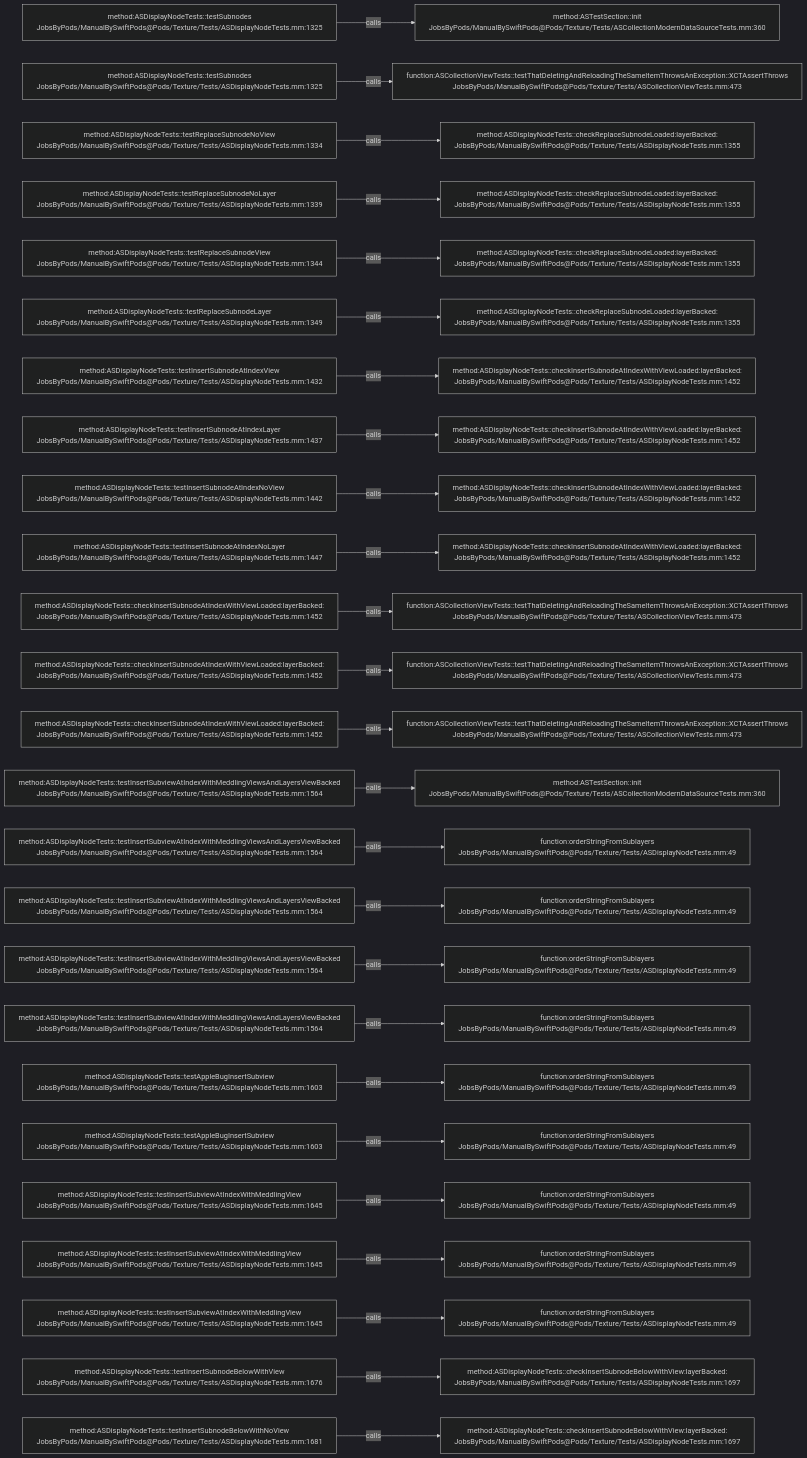
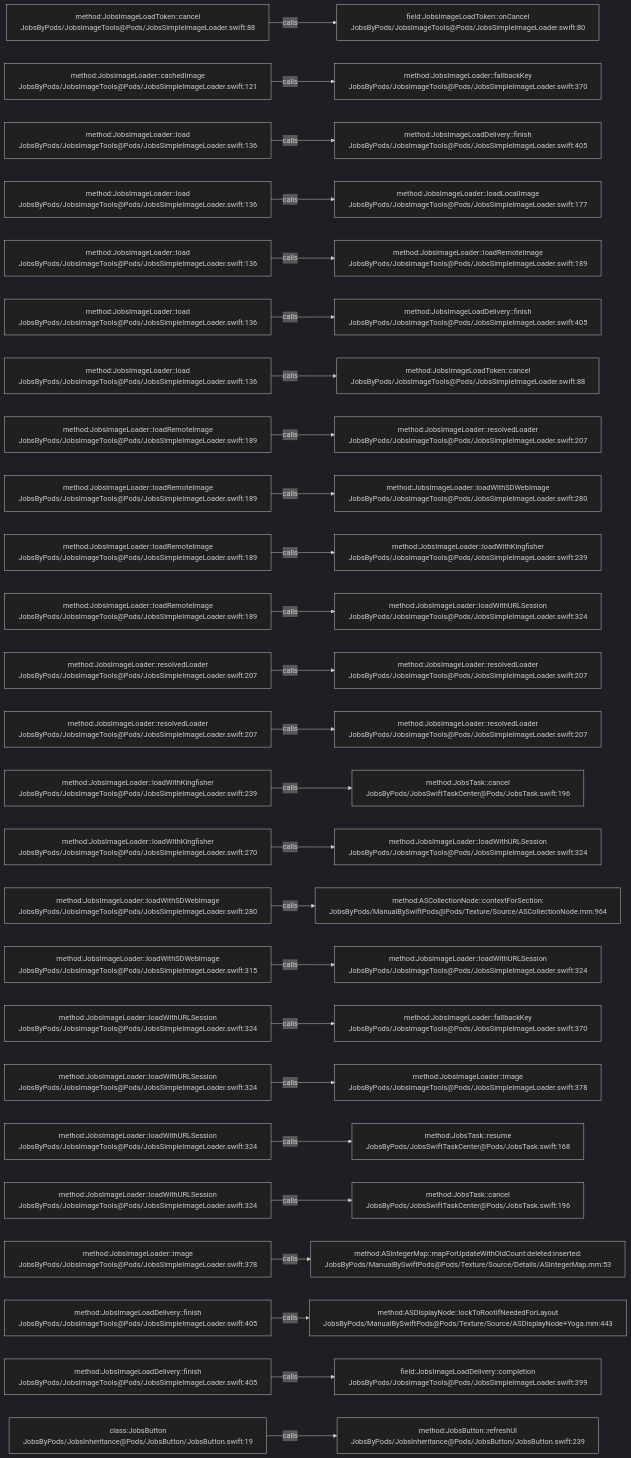
The diagram in .codegraph/codegraph.md/graphs/calls-192.md (JobsKits/JobsSwiftBaseConfigDemo), drawn with Mermaid (dark theme) before and after one commit. The commit also changed 224 other files, not shown here.

````diff
--- a/.codegraph/codegraph.md/graphs/calls-192.md
+++ b/.codegraph/codegraph.md/graphs/calls-192.md
@@ -13,78 +13,78 @@
 ```mermaid
 flowchart LR
-  S1["method:ASDisplayNodeTests::testSubnodes<br/>JobsByPods/ManualBySwiftPods@Pods/Texture/Tests/ASDisplayNodeTests.mm:1325"]
-  T1["method:ASTestSection::init<br/>JobsByPods/ManualBySwiftPods@Pods/Texture/Tests/ASCollectionModernDataSourceTests.mm:360"]
+  S1["method:JobsImageLoadToken::cancel<br/>JobsByPods/JobsImageTools@Pods/JobsSimpleImageLoader.swift:88"]
+  T1["field:JobsImageLoadToken::onCancel<br/>JobsByPods/JobsImageTools@Pods/JobsSimpleImageLoader.swift:80"]
   S1 -->|calls| T1
-  S2["method:ASDisplayNodeTests::testSubnodes<br/>JobsByPods/ManualBySwiftPods@Pods/Texture/Tests/ASDisplayNodeTests.mm:1325"]
-  T2["function:ASCollectionViewTests::testThatDeletingAndReloadingTheSameItemThrowsAnException::XCTAssertThrows<br/>JobsByPods/ManualBySwiftPods@Pods/Texture/Tests/ASCollectionViewTests.mm:473"]
+  S2["method:JobsImageLoader::cachedImage<br/>JobsByPods/JobsImageTools@Pods/JobsSimpleImageLoader.swift:121"]
+  T2["method:JobsImageLoader::fallbackKey<br/>JobsByPods/JobsImageTools@Pods/JobsSimpleImageLoader.swift:370"]
   S2 -->|calls| T2
-  S3["method:ASDisplayNodeTests::testReplaceSubnodeNoView<br/>JobsByPods/ManualBySwiftPods@Pods/Texture/Tests/ASDisplayNodeTests.mm:1334"]
-  T3["method:ASDisplayNodeTests::checkReplaceSubnodeLoaded:layerBacked:<br/>JobsByPods/ManualBySwiftPods@Pods/Texture/Tests/ASDisplayNodeTests.mm:1355"]
+  S3["method:JobsImageLoader::load<br/>JobsByPods/JobsImageTools@Pods/JobsSimpleImageLoader.swift:136"]
+  T3["method:JobsImageLoadDelivery::finish<br/>JobsByPods/JobsImageTools@Pods/JobsSimpleImageLoader.swift:405"]
   S3 -->|calls| T3
-  S4["method:ASDisplayNodeTests::testReplaceSubnodeNoLayer<br/>JobsByPods/ManualBySwiftPods@Pods/Texture/Tests/ASDisplayNodeTests.mm:1339"]
-  T4["method:ASDisplayNodeTests::checkReplaceSubnodeLoaded:layerBacked:<br/>JobsByPods/ManualBySwiftPods@Pods/Texture/Tests/ASDisplayNodeTests.mm:1355"]
+  S4["method:JobsImageLoader::load<br/>JobsByPods/JobsImageTools@Pods/JobsSimpleImageLoader.swift:136"]
+  T4["method:JobsImageLoader::loadLocalImage<br/>JobsByPods/JobsImageTools@Pods/JobsSimpleImageLoader.swift:177"]
   S4 -->|calls| T4
-  S5["method:ASDisplayNodeTests::testReplaceSubnodeView<br/>JobsByPods/ManualBySwiftPods@Pods/Texture/Tests/ASDisplayNodeTests.mm:1344"]
-  T5["method:ASDisplayNodeTests::checkReplaceSubnodeLoaded:layerBacked:<br/>JobsByPods/ManualBySwiftPods@Pods/Texture/Tests/ASDisplayNodeTests.mm:1355"]
+  S5["method:JobsImageLoader::load<br/>JobsByPods/JobsImageTools@Pods/JobsSimpleImageLoader.swift:136"]
+  T5["method:JobsImageLoader::loadRemoteImage<br/>JobsByPods/JobsImageTools@Pods/JobsSimpleImageLoader.swift:189"]
   S5 -->|calls| T5
-  S6["method:ASDisplayNodeTests::testReplaceSubnodeLayer<br/>JobsByPods/ManualBySwiftPods@Pods/Texture/Tests/ASDisplayNodeTests.mm:1349"]
-  T6["method:ASDisplayNodeTests::checkReplaceSubnodeLoaded:layerBacked:<br/>JobsByPods/ManualBySwiftPods@Pods/Texture/Tests/ASDisplayNodeTests.mm:1355"]
+  S6["method:JobsImageLoader::load<br/>JobsByPods/JobsImageTools@Pods/JobsSimpleImageLoader.swift:136"]
+  T6["method:JobsImageLoadDelivery::finish<br/>JobsByPods/JobsImageTools@Pods/JobsSimpleImageLoader.swift:405"]
   S6 -->|calls| T6
-  S7["method:ASDisplayNodeTests::testInsertSubnodeAtIndexView<br/>JobsByPods/ManualBySwiftPods@Pods/Texture/Tests/ASDisplayNodeTests.mm:1432"]
-  T7["method:ASDisplayNodeTests::checkInsertSubnodeAtIndexWithViewLoaded:layerBacked:<br/>JobsByPods/ManualBySwiftPods@Pods/Texture/Tests/ASDisplayNodeTests.mm:1452"]
+  S7["method:JobsImageLoader::load<br/>JobsByPods/JobsImageTools@Pods/JobsSimpleImageLoader.swift:136"]
+  T7["method:JobsImageLoadToken::cancel<br/>JobsByPods/JobsImageTools@Pods/JobsSimpleImageLoader.swift:88"]
   S7 -->|calls| T7
-  S8["method:ASDisplayNodeTests::testInsertSubnodeAtIndexLayer<br/>JobsByPods/ManualBySwiftPods@Pods/Texture/Tests/ASDisplayNodeTests.mm:1437"]
-  T8["method:ASDisplayNodeTests::checkInsertSubnodeAtIndexWithViewLoaded:layerBacked:<br/>JobsByPods/ManualBySwiftPods@Pods/Texture/Tests/ASDisplayNodeTests.mm:1452"]
+  S8["method:JobsImageLoader::loadRemoteImage<br/>JobsByPods/JobsImageTools@Pods/JobsSimpleImageLoader.swift:189"]
+  T8["method:JobsImageLoader::resolvedLoader<br/>JobsByPods/JobsImageTools@Pods/JobsSimpleImageLoader.swift:207"]
   S8 -->|calls| T8
-  S9["method:ASDisplayNodeTests::testInsertSubnodeAtIndexNoView<br/>JobsByPods/ManualBySwiftPods@Pods/Texture/Tests/ASDisplayNodeTests.mm:1442"]
-  T9["method:ASDisplayNodeTests::checkInsertSubnodeAtIndexWithViewLoaded:layerBacked:<br/>JobsByPods/ManualBySwiftPods@Pods/Texture/Tests/ASDisplayNodeTests.mm:1452"]
+  S9["method:JobsImageLoader::loadRemoteImage<br/>JobsByPods/JobsImageTools@Pods/JobsSimpleImageLoader.swift:189"]
+  T9["method:JobsImageLoader::loadWithSDWebImage<br/>JobsByPods/JobsImageTools@Pods/JobsSimpleImageLoader.swift:280"]
   S9 -->|calls| T9
-  S10["method:ASDisplayNodeTests::testInsertSubnodeAtIndexNoLayer<br/>JobsByPods/ManualBySwiftPods@Pods/Texture/Tests/ASDisplayNodeTests.mm:1447"]
-  T10["method:ASDisplayNodeTests::checkInsertSubnodeAtIndexWithViewLoaded:layerBacked:<br/>JobsByPods/ManualBySwiftPods@Pods/Texture/Tests/ASDisplayNodeTests.mm:1452"]
+  S10["method:JobsImageLoader::loadRemoteImage<br/>JobsByPods/JobsImageTools@Pods/JobsSimpleImageLoader.swift:189"]
+  T10["method:JobsImageLoader::loadWithKingfisher<br/>JobsByPods/JobsImageTools@Pods/JobsSimpleImageLoader.swift:239"]
   S10 -->|calls| T10
-  S11["method:ASDisplayNodeTests::checkInsertSubnodeAtIndexWithViewLoaded:layerBacked:<br/>JobsByPods/ManualBySwiftPods@Pods/Texture/Tests/ASDisplayNodeTests.mm:1452"]
-  T11["function:ASCollectionViewTests::testThatDeletingAndReloadingTheSameItemThrowsAnException::XCTAssertThrows<br/>JobsByPods/ManualBySwiftPods@Pods/Texture/Tests/ASCollectionViewTests.mm:473"]
+  S11["method:JobsImageLoader::loadRemoteImage<br/>JobsByPods/JobsImageTools@Pods/JobsSimpleImageLoader.swift:189"]
+  T11["method:JobsImageLoader::loadWithURLSession<br/>JobsByPods/JobsImageTools@Pods/JobsSimpleImageLoader.swift:324"]
   S11 -->|calls| T11
-  S12["method:ASDisplayNodeTests::checkInsertSubnodeAtIndexWithViewLoaded:layerBacked:<br/>JobsByPods/ManualBySwiftPods@Pods/Texture/Tests/ASDisplayNodeTests.mm:1452"]
-  T12["function:ASCollectionViewTests::testThatDeletingAndReloadingTheSameItemThrowsAnException::XCTAssertThrows<br/>JobsByPods/ManualBySwiftPods@Pods/Texture/Tests/ASCollectionViewTests.mm:473"]
+  S12["method:JobsImageLoader::resolvedLoader<br/>JobsByPods/JobsImageTools@Pods/JobsSimpleImageLoader.swift:207"]
+  T12["method:JobsImageLoader::resolvedLoader<br/>JobsByPods/JobsImageTools@Pods/JobsSimpleImageLoader.swift:207"]
   S12 -->|calls| T12
-  S13["method:ASDisplayNodeTests::checkInsertSubnodeAtIndexWithViewLoaded:layerBacked:<br/>JobsByPods/ManualBySwiftPods@Pods/Texture/Tests/ASDisplayNodeTests.mm:1452"]
-  T13["function:ASCollectionViewTests::testThatDeletingAndReloadingTheSameItemThrowsAnException::XCTAssertThrows<br/>JobsByPods/ManualBySwiftPods@Pods/Texture/Tests/ASCollectionViewTests.mm:473"]
+  S13["method:JobsImageLoader::resolvedLoader<br/>JobsByPods/JobsImageTools@Pods/JobsSimpleImageLoader.swift:207"]
+  T13["method:JobsImageLoader::resolvedLoader<br/>JobsByPods/JobsImageTools@Pods/JobsSimpleImageLoader.swift:207"]
   S13 -->|calls| T13
-  S14["method:ASDisplayNodeTests::testInsertSubviewAtIndexWithMeddlingViewsAndLayersViewBacked<br/>JobsByPods/ManualBySwiftPods@Pods/Texture/Tests/ASDisplayNodeTests.mm:1564"]
-  T14["method:ASTestSection::init<br/>JobsByPods/ManualBySwiftPods@Pods/Texture/Tests/ASCollectionModernDataSourceTests.mm:360"]
+  S14["method:JobsImageLoader::loadWithKingfisher<br/>JobsByPods/JobsImageTools@Pods/JobsSimpleImageLoader.swift:239"]
+  T14["method:JobsTask::cancel<br/>JobsByPods/JobsSwiftTaskCenter@Pods/JobsTask.swift:196"]
   S14 -->|calls| T14
-  S15["method:ASDisplayNodeTests::testInsertSubviewAtIndexWithMeddlingViewsAndLayersViewBacked<br/>JobsByPods/ManualBySwiftPods@Pods/Texture/Tests/ASDisplayNodeTests.mm:1564"]
-  T15["function:orderStringFromSublayers<br/>JobsByPods/ManualBySwiftPods@Pods/Texture/Tests/ASDisplayNodeTests.mm:49"]
+  S15["method:JobsImageLoader::loadWithKingfisher<br/>JobsByPods/JobsImageTools@Pods/JobsSimpleImageLoader.swift:270"]
+  T15["method:JobsImageLoader::loadWithURLSession<br/>JobsByPods/JobsImageTools@Pods/JobsSimpleImageLoader.swift:324"]
   S15 -->|calls| T15
-  S16["method:ASDisplayNodeTests::testInsertSubviewAtIndexWithMeddlingViewsAndLayersViewBacked<br/>JobsByPods/ManualBySwiftPods@Pods/Texture/Tests/ASDisplayNodeTests.mm:1564"]
-  T16["function:orderStringFromSublayers<br/>JobsByPods/ManualBySwiftPods@Pods/Texture/Tests/ASDisplayNodeTests.mm:49"]
+  S16["method:JobsImageLoader::loadWithSDWebImage<br/>JobsByPods/JobsImageTools@Pods/JobsSimpleImageLoader.swift:280"]
+  T16["method:ASCollectionNode::contextForSection:<br/>JobsByPods/ManualBySwiftPods@Pods/Texture/Source/ASCollectionNode.mm:964"]
   S16 -->|calls| T16
-  S17["method:ASDisplayNodeTests::testInsertSubviewAtIndexWithMeddlingViewsAndLayersViewBacked<br/>JobsByPods/ManualBySwiftPods@Pods/Texture/Tests/ASDisplayNodeTests.mm:1564"]
-  T17["function:orderStringFromSublayers<br/>JobsByPods/ManualBySwiftPods@Pods/Texture/Tests/ASDisplayNodeTests.mm:49"]
+  S17["method:JobsImageLoader::loadWithSDWebImage<br/>JobsByPods/JobsImageTools@Pods/JobsSimpleImageLoader.swift:315"]
+  T17["method:JobsImageLoader::loadWithURLSession<br/>JobsByPods/JobsImageTools@Pods/JobsSimpleImageLoader.swift:324"]
   S17 -->|calls| T17
-  S18["method:ASDisplayNodeTests::testInsertSubviewAtIndexWithMeddlingViewsAndLayersViewBacked<br/>JobsByPods/ManualBySwiftPods@Pods/Texture/Tests/ASDisplayNodeTests.mm:1564"]
-  T18["function:orderStringFromSublayers<br/>JobsByPods/ManualBySwiftPods@Pods/Texture/Tests/ASDisplayNodeTests.mm:49"]
+  S18["method:JobsImageLoader::loadWithURLSession<br/>JobsByPods/JobsImageTools@Pods/JobsSimpleImageLoader.swift:324"]
+  T18["method:JobsImageLoader::fallbackKey<br/>JobsByPods/JobsImageTools@Pods/JobsSimpleImageLoader.swift:370"]
   S18 -->|calls| T18
-  S19["method:ASDisplayNodeTests::testAppleBugInsertSubview<br/>JobsByPods/ManualBySwiftPods@Pods/Texture/Tests/ASDisplayNodeTests.mm:1603"]
-  T19["function:orderStringFromSublayers<br/>JobsByPods/ManualBySwiftPods@Pods/Texture/Tests/ASDisplayNodeTests.mm:49"]
+  S19["method:JobsImageLoader::loadWithURLSession<br/>JobsByPods/JobsImageTools@Pods/JobsSimpleImageLoader.swift:324"]
+  T19["method:JobsImageLoader::image<br/>JobsByPods/JobsImageTools@Pods/JobsSimpleImageLoader.swift:378"]
   S19 -->|calls| T19
-  S20["method:ASDisplayNodeTests::testAppleBugInsertSubview<br/>JobsByPods/ManualBySwiftPods@Pods/Texture/Tests/ASDisplayNodeTests.mm:1603"]
-  T20["function:orderStringFromSublayers<br/>JobsByPods/ManualBySwiftPods@Pods/Texture/Tests/ASDisplayNodeTests.mm:49"]
+  S20["method:JobsImageLoader::loadWithURLSession<br/>JobsByPods/JobsImageTools@Pods/JobsSimpleImageLoader.swift:324"]
+  T20["method:JobsTask::resume<br/>JobsByPods/JobsSwiftTaskCenter@Pods/JobsTask.swift:168"]
   S20 -->|calls| T20
-  S21["method:ASDisplayNodeTests::testInsertSubviewAtIndexWithMeddlingView<br/>JobsByPods/ManualBySwiftPods@Pods/Texture/Tests/ASDisplayNodeTests.mm:1645"]
-  T21["function:orderStringFromSublayers<br/>JobsByPods/ManualBySwiftPods@Pods/Texture/Tests/ASDisplayNodeTests.mm:49"]
+  S21["method:JobsImageLoader::loadWithURLSession<br/>JobsByPods/JobsImageTools@Pods/JobsSimpleImageLoader.swift:324"]
+  T21["method:JobsTask::cancel<br/>JobsByPods/JobsSwiftTaskCenter@Pods/JobsTask.swift:196"]
   S21 -->|calls| T21
-  S22["method:ASDisplayNodeTests::testInsertSubviewAtIndexWithMeddlingView<br/>JobsByPods/ManualBySwiftPods@Pods/Texture/Tests/ASDisplayNodeTests.mm:1645"]
-  T22["function:orderStringFromSublayers<br/>JobsByPods/ManualBySwiftPods@Pods/Texture/Tests/ASDisplayNodeTests.mm:49"]
+  S22["method:JobsImageLoader::image<br/>JobsByPods/JobsImageTools@Pods/JobsSimpleImageLoader.swift:378"]
+  T22["method:ASIntegerMap::mapForUpdateWithOldCount:deleted:inserted:<br/>JobsByPods/ManualBySwiftPods@Pods/Texture/Source/Details/ASIntegerMap.mm:53"]
   S22 -->|calls| T22
-  S23["method:ASDisplayNodeTests::testInsertSubviewAtIndexWithMeddlingView<br/>JobsByPods/ManualBySwiftPods@Pods/Texture/Tests/ASDisplayNodeTests.mm:1645"]
-  T23["function:orderStringFromSublayers<br/>JobsByPods/ManualBySwiftPods@Pods/Texture/Tests/ASDisplayNodeTests.mm:49"]
+  S23["method:JobsImageLoadDelivery::finish<br/>JobsByPods/JobsImageTools@Pods/JobsSimpleImageLoader.swift:405"]
+  T23["method:ASDisplayNode::lockToRootIfNeededForLayout<br/>JobsByPods/ManualBySwiftPods@Pods/Texture/Source/ASDisplayNode+Yoga.mm:443"]
   S23 -->|calls| T23
-  S24["method:ASDisplayNodeTests::testInsertSubnodeBelowWithView<br/>JobsByPods/ManualBySwiftPods@Pods/Texture/Tests/ASDisplayNodeTests.mm:1676"]
-  T24["method:ASDisplayNodeTests::checkInsertSubnodeBelowWithView:layerBacked:<br/>JobsByPods/ManualBySwiftPods@Pods/Texture/Tests/ASDisplayNodeTests.mm:1697"]
+  S24["method:JobsImageLoadDelivery::finish<br/>JobsByPods/JobsImageTools@Pods/JobsSimpleImageLoader.swift:405"]
+  T24["field:JobsImageLoadDelivery::completion<br/>JobsByPods/JobsImageTools@Pods/JobsSimpleImageLoader.swift:399"]
   S24 -->|calls| T24
-  S25["method:ASDisplayNodeTests::testInsertSubnodeBelowWithNoView<br/>JobsByPods/ManualBySwiftPods@Pods/Texture/Tests/ASDisplayNodeTests.mm:1681"]
-  T25["method:ASDisplayNodeTests::checkInsertSubnodeBelowWithView:layerBacked:<br/>JobsByPods/ManualBySwiftPods@Pods/Texture/Tests/ASDisplayNodeTests.mm:1697"]
+  S25["class:JobsButton<br/>JobsByPods/JobsInheritance@Pods/JobsButton/JobsButton.swift:19"]
+  T25["method:JobsButton::refreshUI<br/>JobsByPods/JobsInheritance@Pods/JobsButton/JobsButton.swift:239"]
   S25 -->|calls| T25
 ```
````
